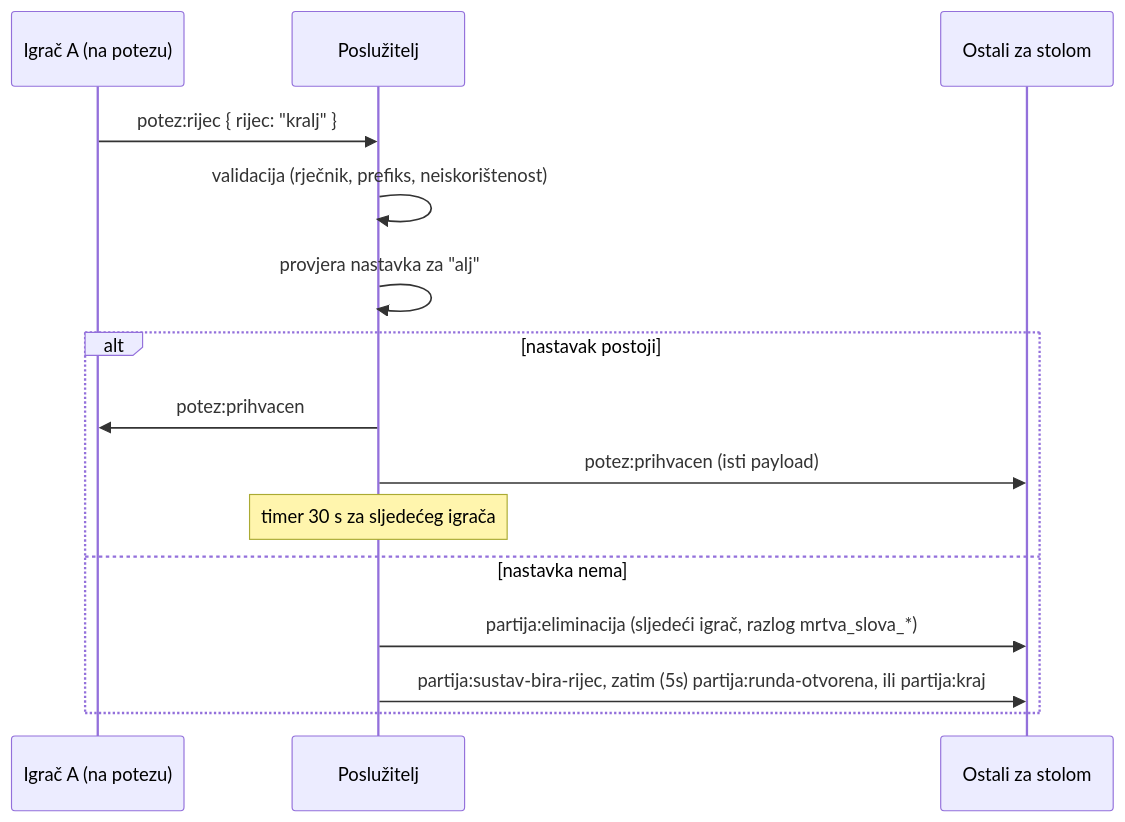
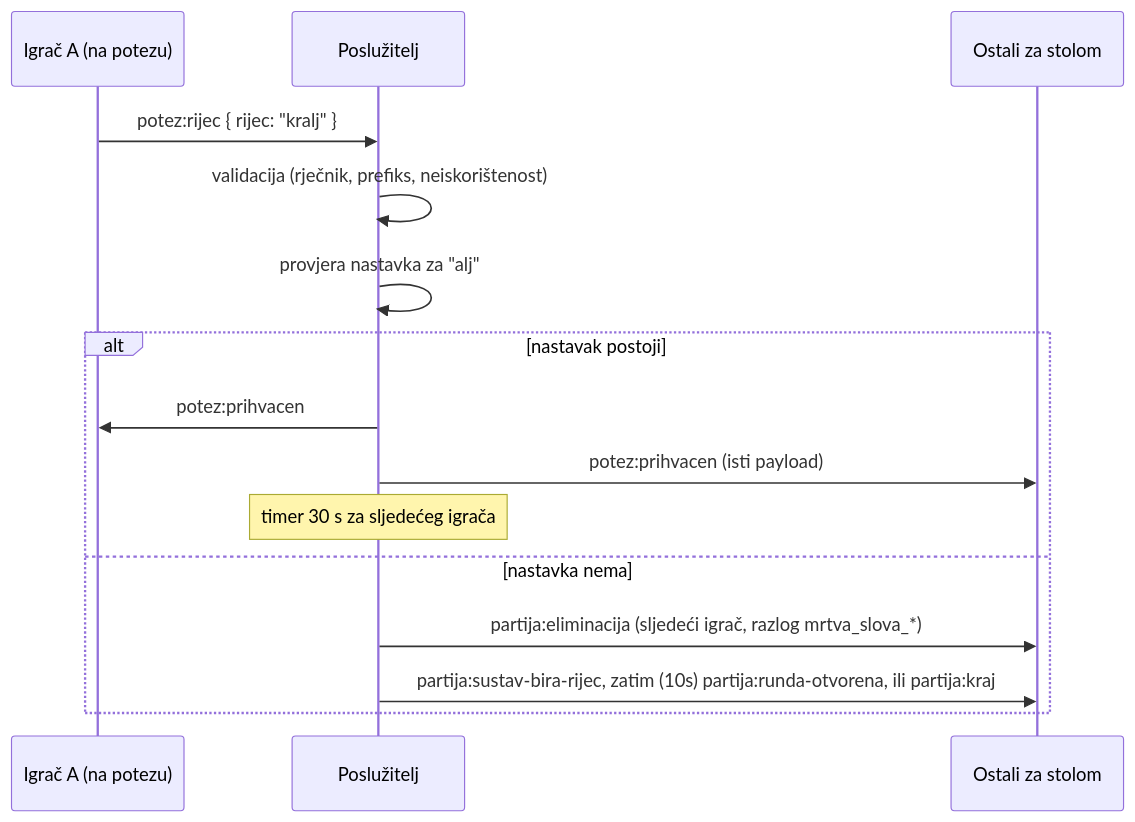
Before and after one commit to josipmestrovic/kaladont: the second of 2 diagrams in docs/03-arhitektura/zivotni-ciklus-partije.md, drawn with Mermaid. The commit also changed other lines of this file and 34 other files, not shown here.

````diff
--- a/docs/03-arhitektura/zivotni-ciklus-partije.md
+++ b/docs/03-arhitektura/zivotni-ciklus-partije.md
@@ -27,17 +31,17 @@
 ```mermaid
 sequenceDiagram
     participant A as Igrač A (na potezu)
     participant S as Poslužitelj
     participant O as Ostali za stolom
     A->>S: potez:rijec { rijec: "kralj" }
     S->>S: validacija (rječnik, prefiks, neiskorištenost)
     S->>S: provjera nastavka za "alj"
     alt nastavak postoji
         S->>A: potez:prihvacen
         S->>O: potez:prihvacen (isti payload)
         Note over S: timer 30 s za sljedećeg igrača
     else nastavka nema
         S->>O: partija:eliminacija (sljedeći igrač, razlog mrtva_slova_*)
-        S->>O: partija:sustav-bira-rijec, zatim (5s) partija:runda-otvorena, ili partija:kraj
+        S->>O: partija:sustav-bira-rijec, zatim (10s) partija:runda-otvorena, ili partija:kraj
     end
 ```
````
